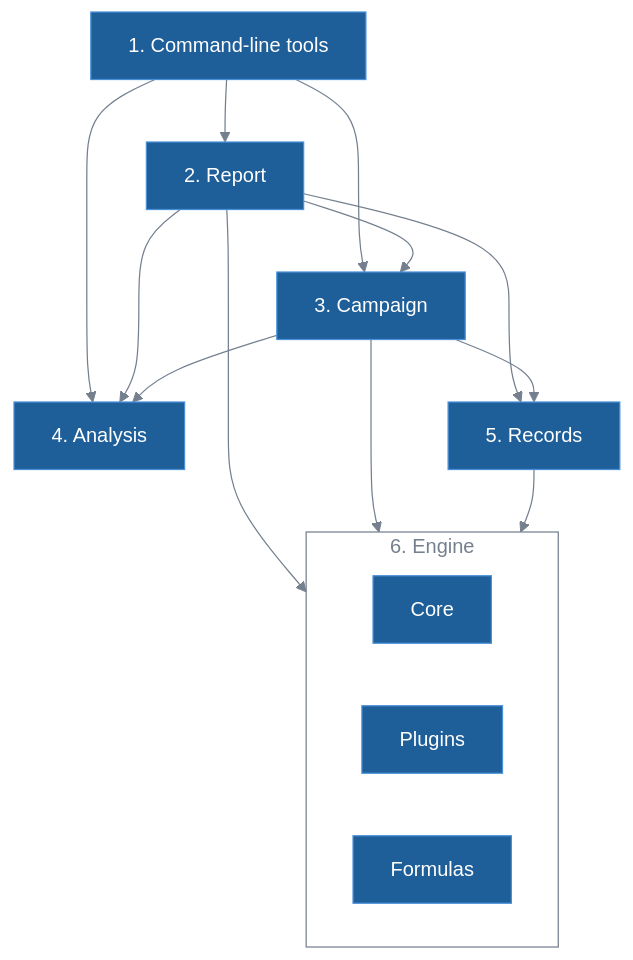
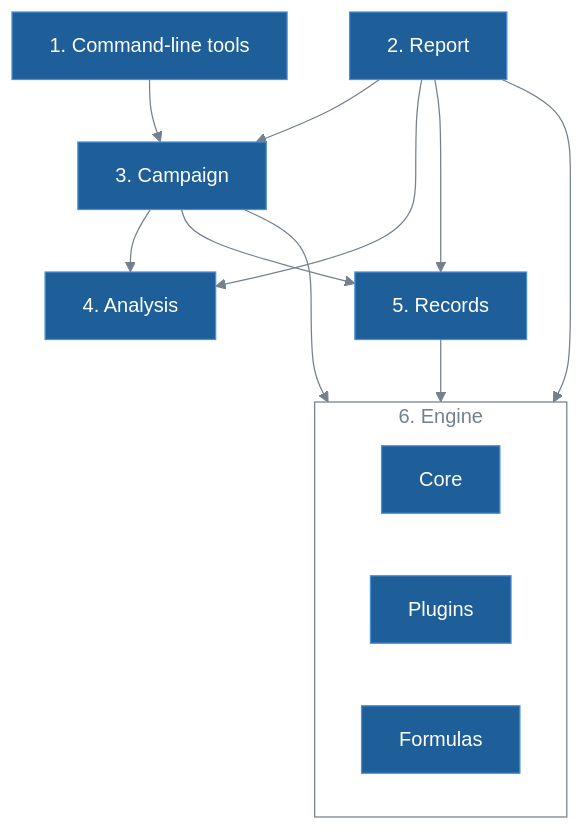
The second of 3 diagrams in docs/codes/architecture.md (lykimq/HerdSim), drawn with Mermaid before and after one commit. The commit also changed other lines of this file and 15 other files, not shown here.

````diff
--- a/docs/codes/architecture.md
+++ b/docs/codes/architecture.md
@@ -38,26 +38,24 @@
 ```mermaid
 %%{init: {"theme": "base", "themeVariables": {"primaryColor": "#1f5f99", "primaryTextColor": "#ffffff", "primaryBorderColor": "#4a90d9", "lineColor": "#75808f", "tertiaryTextColor": "#75808f", "titleColor": "#75808f", "clusterBkg": "transparent", "clusterBorder": "#75808f", "edgeLabelBackground": "transparent"}}}%%
 flowchart TB
     tools["1. Command-line tools"]
     report["2. Report"]
     campaign["3. Campaign"]
     analysis["4. Analysis"]
     records["5. Records"]
     subgraph engine ["6. Engine"]
         core["Core"]
         plugins["Plugins"]
         formulas["Formulas"]
     end
 
-    tools --> report
     tools --> campaign
-    tools --> analysis
     report --> campaign
     report --> analysis
     report --> records
     report --> engine
     campaign --> analysis
     campaign --> records
     campaign --> engine
     records --> engine
 ```
````
